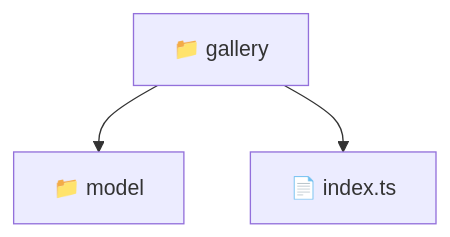
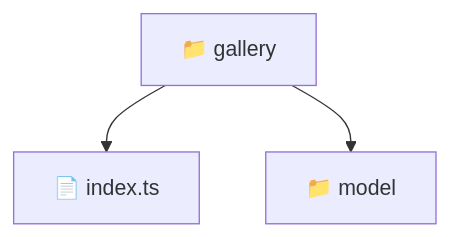
One commit to beginwebdev2002/fullstack-mavluda changed the diagram in frontend/src/features/gallery/README.md. Above: the diagram before and after it, drawn with Mermaid. The commit also changed other lines of this file and 164 other files, not shown here.

First line of the commit message:
docs: generate comprehensive architectural READMEs recursively

````diff
--- a/frontend/src/features/gallery/README.md
+++ b/frontend/src/features/gallery/README.md
@@ -11,6 +11,6 @@
 ```mermaid
 graph TD
-  Root["📁 gallery"]
-  Root --> model["📁 model"]
-  Root --> index_ts["📄 index.ts"]
+  Root_gallery["📁 gallery"]
+  Root_gallery --> f_index_ts["📄 index.ts"]
+  Root_gallery --> d_model["📁 model"]
 ```
````
